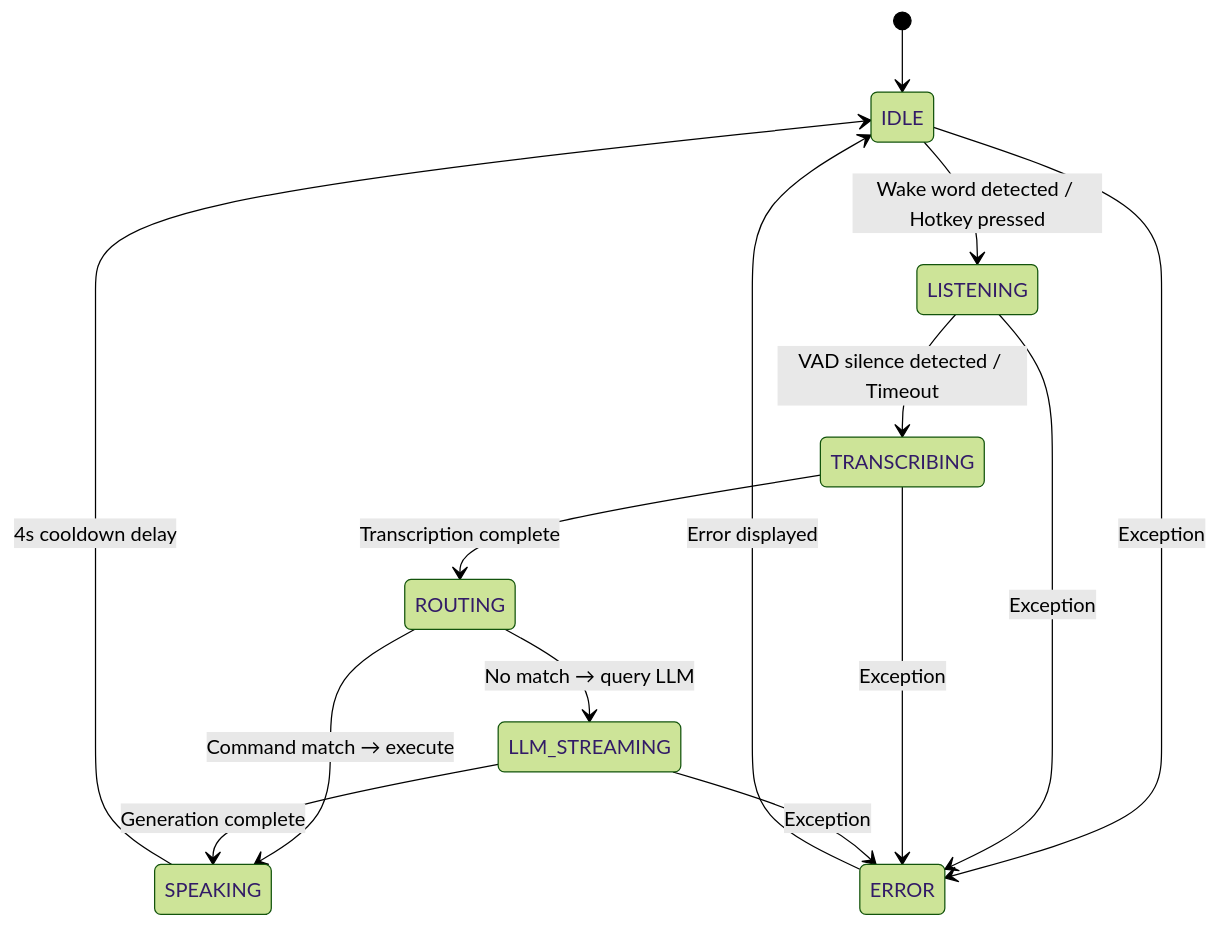
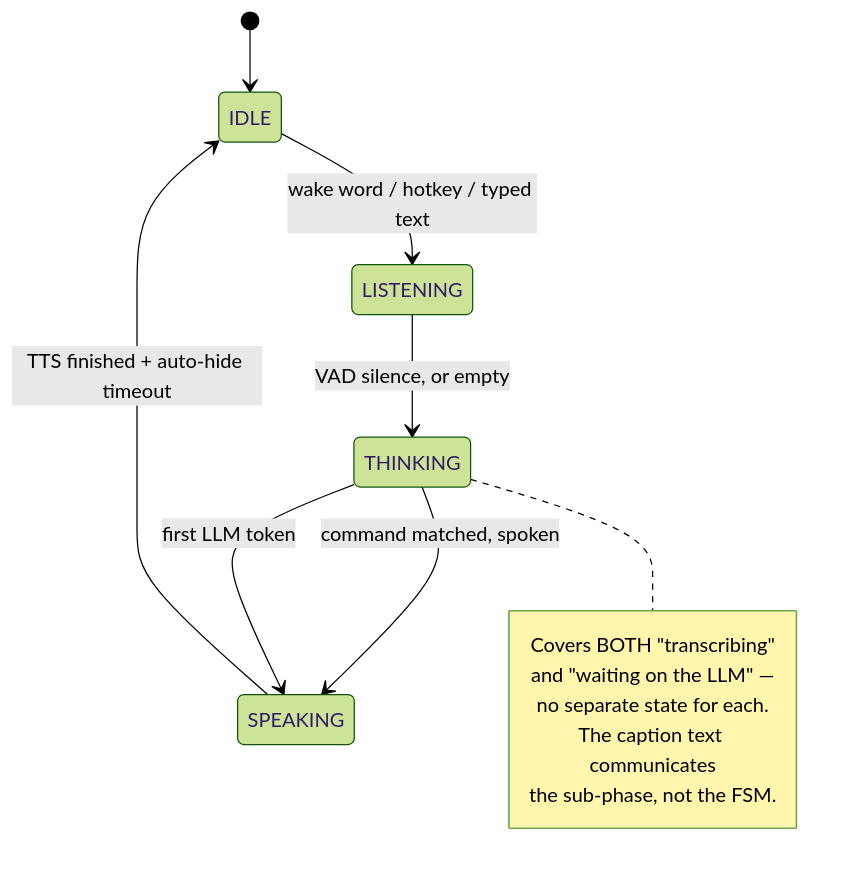
The third of 10 diagrams in docs/ARCHITECTURE.md (sametgurtuna/SAM), drawn with Mermaid (forest theme) before and after one commit. The commit also changed other lines of this file and 38 other files, not shown here.

````diff
--- a/docs/ARCHITECTURE.md
+++ b/docs/ARCHITECTURE.md
@@ -223,18 +110,17 @@
 ```mermaid
 stateDiagram-v2
     [*] --> IDLE
+    IDLE --> LISTENING: wake word / hotkey / typed text
+    LISTENING --> THINKING: VAD silence, or empty
+    THINKING --> SPEAKING: command matched, spoken
+    THINKING --> SPEAKING: first LLM token
+    SPEAKING --> IDLE: TTS finished + auto-hide timeout
 
-    IDLE --> LISTENING : Wake word detected / Hotkey pressed
-    LISTENING --> TRANSCRIBING : VAD silence detected / Timeout
-    TRANSCRIBING --> ROUTING : Transcription complete
-    ROUTING --> SPEAKING : Command match → execute
-    ROUTING --> LLM_STREAMING : No match → query LLM
-    LLM_STREAMING --> SPEAKING : Generation complete
-    SPEAKING --> IDLE : 4s cooldown delay
-
-    IDLE --> ERROR : Exception
-    LISTENING --> ERROR : Exception
-    TRANSCRIBING --> ERROR : Exception
-    LLM_STREAMING --> ERROR : Exception
-    ERROR --> IDLE : Error displayed
+    note right of THINKING
+        Covers BOTH "transcribing"
+        and "waiting on the LLM" —
+        no separate state for each.
+        The caption text communicates
+        the sub-phase, not the FSM.
+    end note
 ```
````
